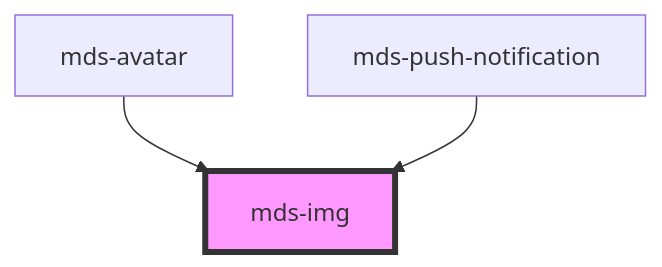
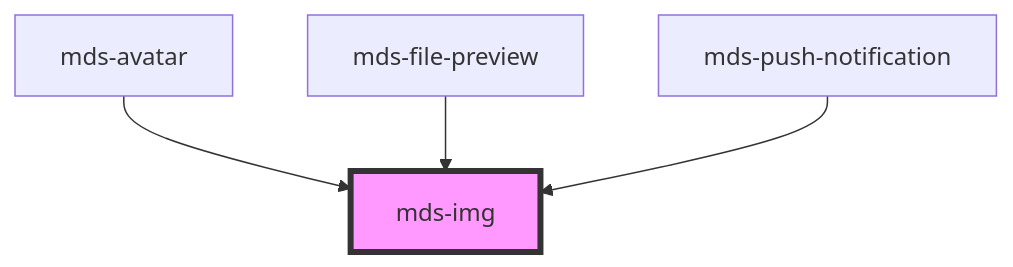
Before and after one commit to magma-design-system/magma: the diagram in projects/stencil/src/components/mds-img/readme.md, drawn with Mermaid. The commit also changed other lines of this file and 5 other files, not shown here.

````diff
--- a/projects/stencil/src/components/mds-img/readme.md
+++ b/projects/stencil/src/components/mds-img/readme.md
@@ -49,6 +50,7 @@
 ```mermaid
 graph TD;
   mds-avatar --> mds-img
+  mds-file-preview --> mds-img
   mds-push-notification --> mds-img
   style mds-img fill:#f9f,stroke:#333,stroke-width:4px
 ```
````
